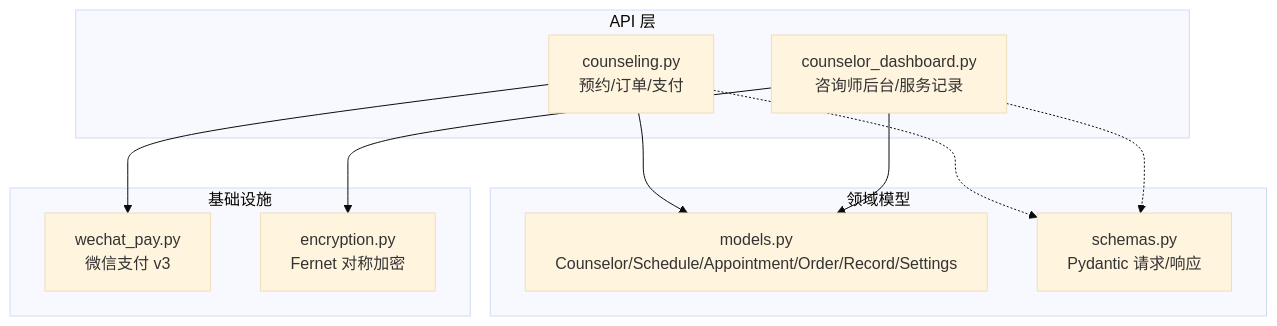
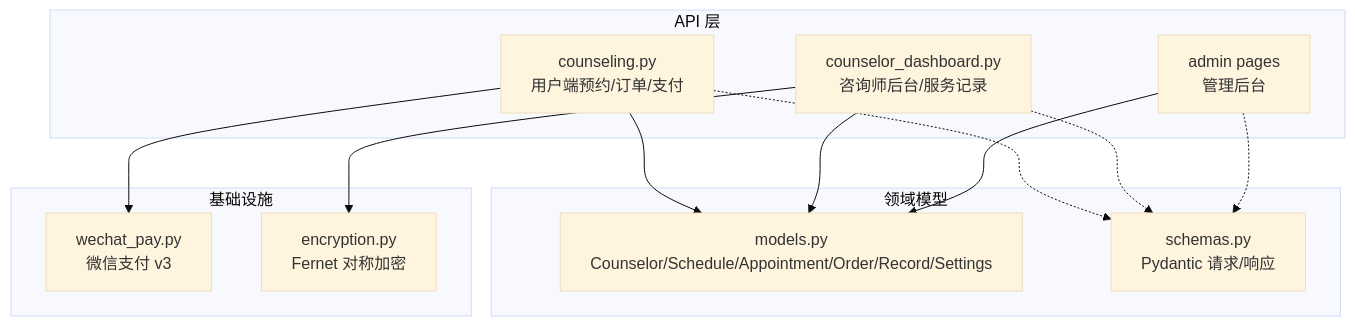
One commit to peace-lab-global/hush.ai changed the first of 7 diagrams in .qoder/repowiki/zh/content/数据库设计/实体模型设计/咨询师预约模型.md. Above: the diagram before and after it, drawn with Mermaid (base theme). The commit also changed other lines of this file and 92 other files, not shown here.

````diff
--- a/.qoder/repowiki/zh/content/数据库设计/实体模型设计/咨询师预约模型.md
+++ b/.qoder/repowiki/zh/content/数据库设计/实体模型设计/咨询师预约模型.md
@@ -42,21 +55,24 @@
 ```mermaid
 graph TB
 subgraph "API 层"
-A["counseling.py<br/>预约/订单/支付"]
+A["counseling.py<br/>用户端预约/订单/支付"]
 B["counselor_dashboard.py<br/>咨询师后台/服务记录"]
+C["admin pages<br/>管理后台"]
 end
 subgraph "领域模型"
 M["models.py<br/>Counselor/Schedule/Appointment/Order/Record/Settings"]
 S["schemas.py<br/>Pydantic 请求/响应"]
 end
 subgraph "基础设施"
 W["wechat_pay.py<br/>微信支付 v3"]
 E["encryption.py<br/>Fernet 对称加密"]
 end
 A --> M
 B --> M
+C --> M
 A --> W
 B --> E
 A -.-> S
 B -.-> S
+C -.-> S
 ```
````
